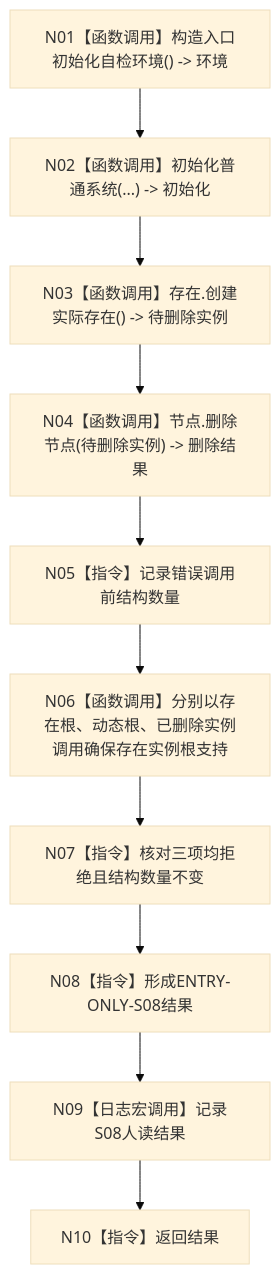
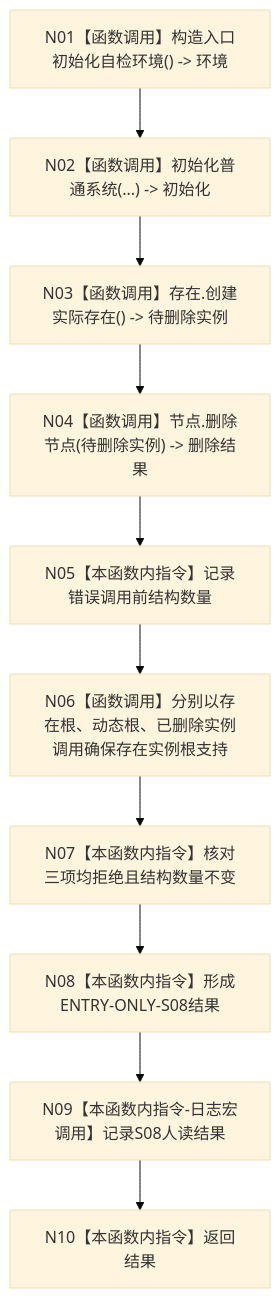
Before and after one commit to chunhaizh-cyber/HY-Ego: the diagram in 流程图/20260726_ENTRY-ONLY_S08_存在根支持拒绝_施工流程图_v0.1.md, drawn with Mermaid (base theme). The commit also changed other lines of this file and 88 other files, not shown here.

````diff
--- a/流程图/20260726_ENTRY-ONLY_S08_存在根支持拒绝_施工流程图_v0.1.md
+++ b/流程图/20260726_ENTRY-ONLY_S08_存在根支持拒绝_施工流程图_v0.1.md
@@ -7,12 +27,12 @@
 ```mermaid
 flowchart TD
     N01["N01【函数调用】构造入口初始化自检环境() -> 环境"] --> N02["N02【函数调用】初始化普通系统(...) -> 初始化"]
     N02 --> N03["N03【函数调用】存在.创建实际存在() -> 待删除实例"]
     N03 --> N04["N04【函数调用】节点.删除节点(待删除实例) -> 删除结果"]
-    N04 --> N05["N05【指令】记录错误调用前结构数量"]
+    N04 --> N05["N05【本函数内指令】记录错误调用前结构数量"]
     N05 --> N06["N06【函数调用】分别以存在根、动态根、已删除实例调用确保存在实例根支持"]
-    N06 --> N07["N07【指令】核对三项均拒绝且结构数量不变"]
-    N07 --> N08["N08【指令】形成ENTRY-ONLY-S08结果"]
-    N08 --> N09["N09【日志宏调用】记录S08人读结果"]
-    N09 --> N10["N10【指令】返回结果"]
+    N06 --> N07["N07【本函数内指令】核对三项均拒绝且结构数量不变"]
+    N07 --> N08["N08【本函数内指令】形成ENTRY-ONLY-S08结果"]
+    N08 --> N09["N09【本函数内指令-日志宏调用】记录S08人读结果"]
+    N09 --> N10["N10【本函数内指令】返回结果"]
 ```
````
